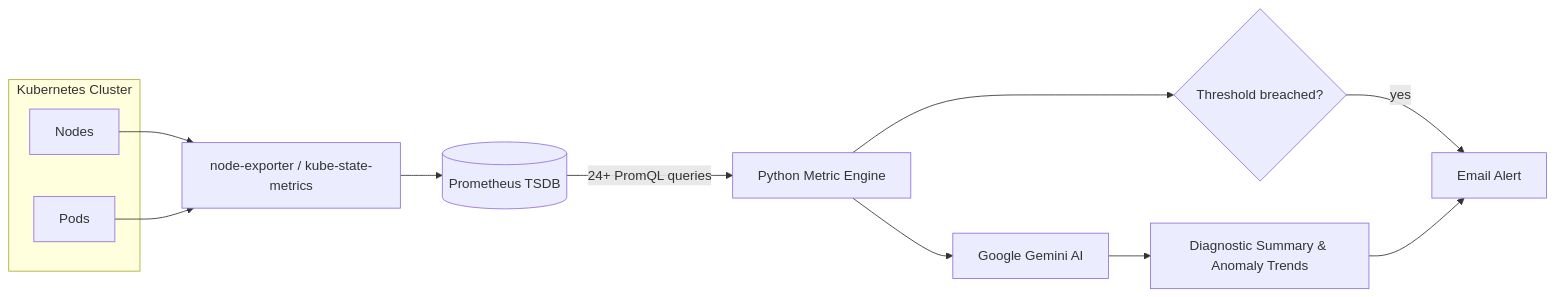
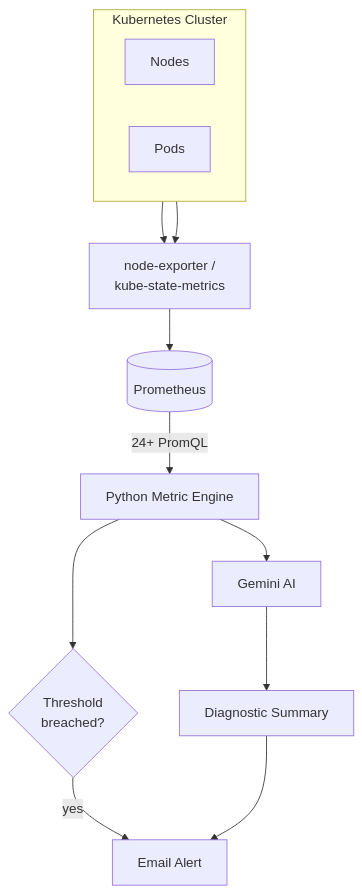
The first of 3 diagrams in README.md (VenkataNaveenReddyYaparla/VenkataNaveenReddyYaparla), drawn with Mermaid before and after one commit. The commit also changed other lines of this file, not shown here.

Commit message:
Refactor mermaid diagrams in README.md for improved clarity and formatting

````diff
--- a/README.md
+++ b/README.md
@@ -111,16 +111,17 @@
 ```mermaid
-flowchart LR
+flowchart TB
     subgraph CLUSTER["Kubernetes Cluster"]
+        direction LR
         N["Nodes"]
         P["Pods"]
     end
-    N --> EXP["node-exporter / kube-state-metrics"]
+    N --> EXP["node-exporter /<br/>kube-state-metrics"]
     P --> EXP
-    EXP --> PROM[("Prometheus TSDB")]
-    PROM -->|"24+ PromQL queries"| ENG["Python Metric Engine"]
-    ENG --> GEM["Google Gemini AI"]
-    GEM --> SUM["Diagnostic Summary &amp; Anomaly Trends"]
-    ENG --> CHK{"Threshold breached?"}
+    EXP --> PROM[("Prometheus")]
+    PROM -->|"24+ PromQL"| ENG["Python Metric Engine"]
+    ENG --> GEM["Gemini AI"]
+    ENG --> CHK{"Threshold<br/>breached?"}
+    GEM --> SUM["Diagnostic Summary"]
     CHK -->|"yes"| MAIL["Email Alert"]
     SUM --> MAIL
 ```
````
